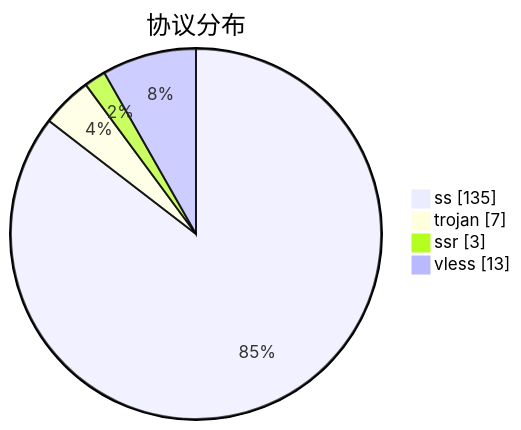
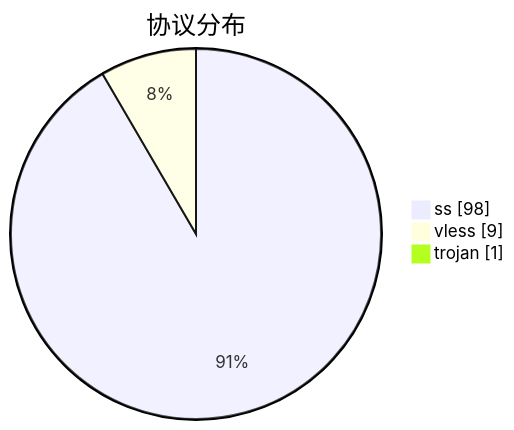
The third of 3 diagrams in subs/statistics/tested_within.md (qjlxg/airport), drawn with Mermaid before and after one commit. The commit also changed other lines of this file and 2 other files, not shown here.

````diff
--- a/subs/statistics/tested_within.md
+++ b/subs/statistics/tested_within.md
@@ -33,8 +28,7 @@
 ```mermaid
 pie showData
 title 协议分布
-"ss" : 135
-"trojan" : 7
-"ssr" : 3
-"vless" : 13
+"ss" : 98
+"vless" : 9
+"trojan" : 1
 ```
````
